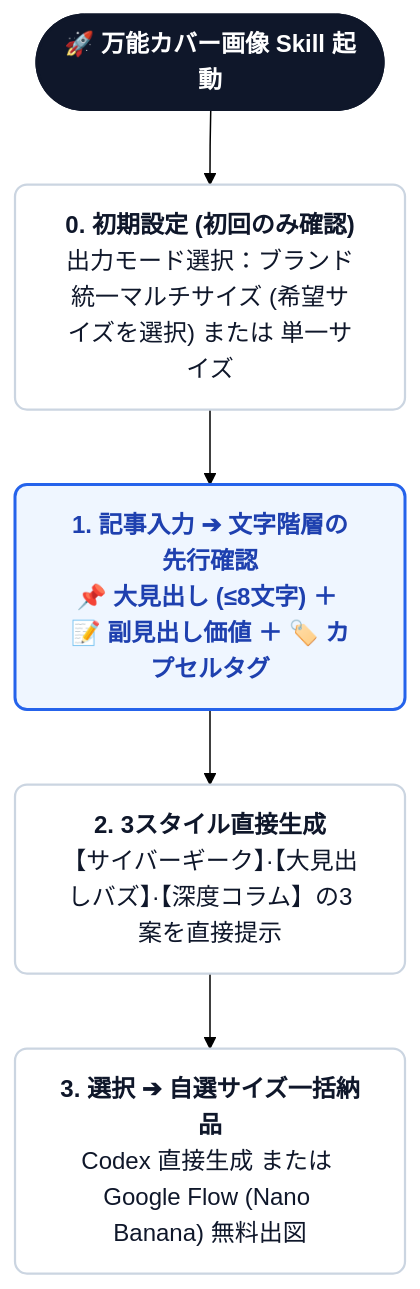
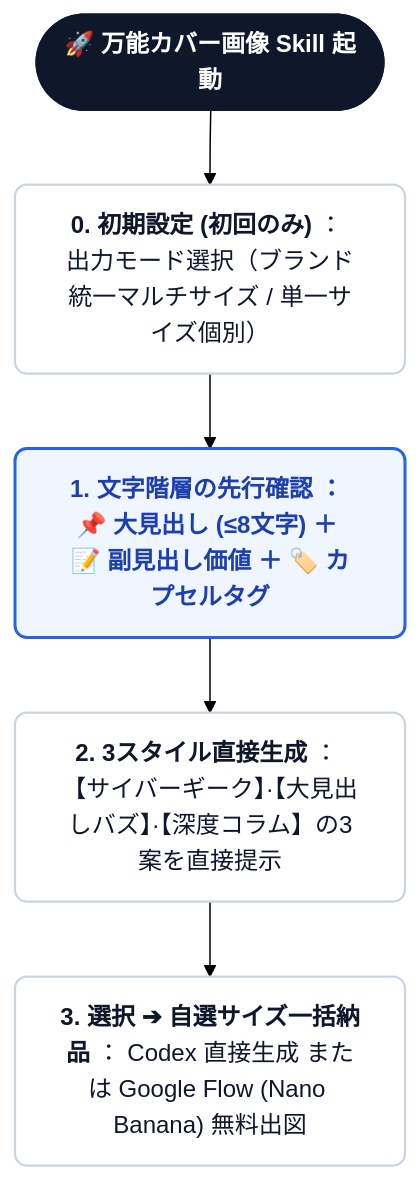
The first of 2 diagrams in README.ja.md (kaomei/cover-studio), drawn with Mermaid (forest theme) before and after one commit. The commit also changed other lines of this file and 7 other files, not shown here.

Commit message:
style(docs): format workflow diagram into ultra-clean, wide single-line horizontal cards without awkward character wrapping

````diff
--- a/README.ja.md
+++ b/README.ja.md
@@ -58,13 +58,13 @@
 ```mermaid
 flowchart TD
     classDef default fill:#ffffff,stroke:#e2e8f0,stroke-width:1.5px,color:#1e293b,rx:8px,ry:8px;
     classDef startNode fill:#0f172a,stroke:#0f172a,stroke-width:2px,color:#ffffff,font-weight:bold,rx:20px,ry:20px;
     classDef stepNode fill:#ffffff,stroke:#cbd5e1,stroke-width:1.5px,color:#0f172a,rx:8px,ry:8px;
     classDef highlightNode fill:#eff6ff,stroke:#2563eb,stroke-width:2px,color:#1e40af,font-weight:bold,rx:8px,ry:8px;
 
     A0(["🚀 万能カバー画像 Skill 起動"]):::startNode
-    --> A1["<b>0. 初期設定 (初回のみ確認)</b><br/>出力モード選択：ブランド統一マルチサイズ (希望サイズを選択) または 単一サイズ"]:::stepNode
-    --> A2["<b>1. 記事入力 ➔ 文字階層の先行確認</b><br/>📌 大見出し (≤8文字) ＋ 📝 副見出し価値 ＋ 🏷️ カプセルタグ"]:::highlightNode
-    --> A3["<b>2. 3スタイル直接生成</b><br/>【サイバーギーク】·【大見出しバズ】·【深度コラム】の3案を直接提示"]:::stepNode
-    --> A4["<b>3. 選択 ➔ 自選サイズ一括納品</b><br/>Codex 直接生成 または Google Flow (Nano Banana) 無料出図"]:::stepNode
+    --> A1["<b>0. 初期設定 (初回のみ)</b> ： 出力モード選択（ブランド統一マルチサイズ / 単一サイズ個別）"]:::stepNode
+    --> A2["<b>1. 文字階層の先行確認</b> ： 📌 大見出し (≤8文字) ＋ 📝 副見出し価値 ＋ 🏷️ カプセルタグ"]:::highlightNode
+    --> A3["<b>2. 3スタイル直接生成</b> ： 【サイバーギーク】·【大見出しバズ】·【深度コラム】の3案を直接提示"]:::stepNode
+    --> A4["<b>3. 選択 ➔ 自選サイズ一括納品</b> ： Codex 直接生成 または Google Flow (Nano Banana) 無料出図"]:::stepNode
 ```
````
